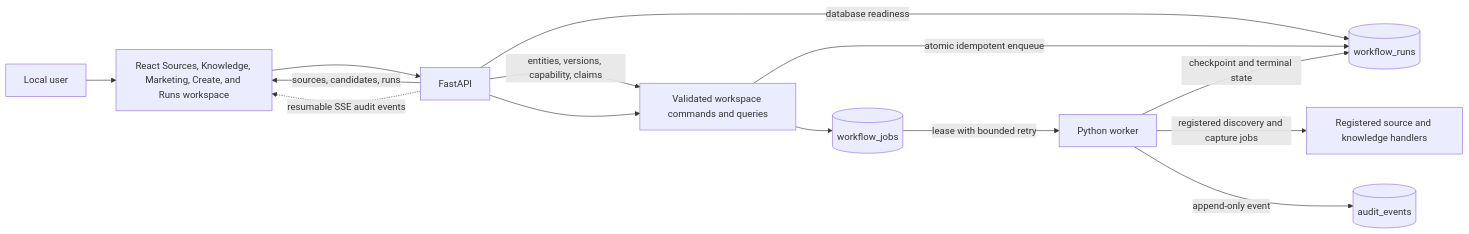
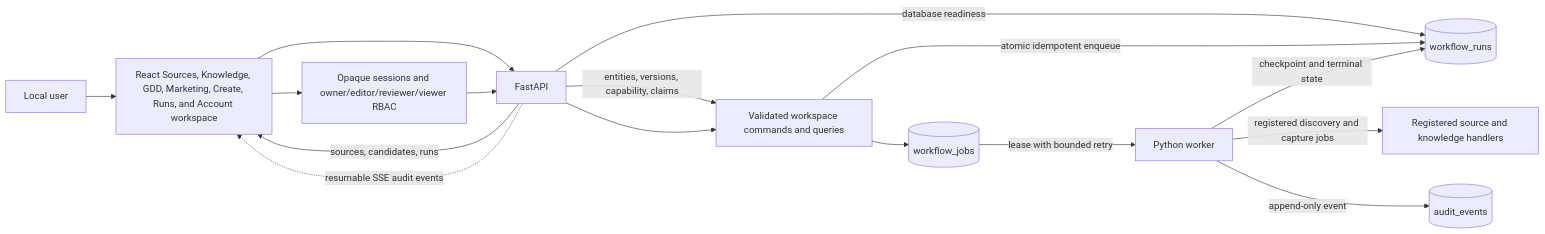
The third of 25 diagrams in docs/architecture/system-architecture.md (Wenqi77Zhang/GameCrafter-Agent), drawn with Mermaid before and after one commit. The commit also changed other lines of this file and 53 other files, not shown here.

````diff
--- a/docs/architecture/system-architecture.md
+++ b/docs/architecture/system-architecture.md
@@ -71,25 +80,27 @@
 ```mermaid
 flowchart LR
     USER["Local user"]
-    WEB["React Sources, Knowledge, Marketing, Create, and Runs workspace"]
+    WEB["React Sources, Knowledge, GDD, Marketing, Create, Runs, and Account workspace"]
     API["FastAPI"]
     COMMAND["Validated workspace commands and queries"]
     RUNS[("workflow_runs")]
     JOBS[("workflow_jobs")]
     AUDIT[("audit_events")]
     WORKER["Python worker"]
     HANDLER["Registered source and knowledge handlers"]
+    IDENTITY["Opaque sessions and owner/editor/reviewer/viewer RBAC"]
 
     USER --> WEB --> API
     API -->|"sources, candidates, runs"| WEB
     API -->|"entities, versions, capability, claims"| COMMAND
     API -. "resumable SSE audit events" .-> WEB
     API -->|"database readiness"| RUNS
     API --> COMMAND
+    WEB --> IDENTITY --> API
     COMMAND -->|"atomic idempotent enqueue"| RUNS
     COMMAND --> JOBS
     JOBS -->|"lease with bounded retry"| WORKER
     WORKER -->|"registered discovery and capture jobs"| HANDLER
     WORKER -->|"checkpoint and terminal state"| RUNS
     WORKER -->|"append-only event"| AUDIT
 ```
````
